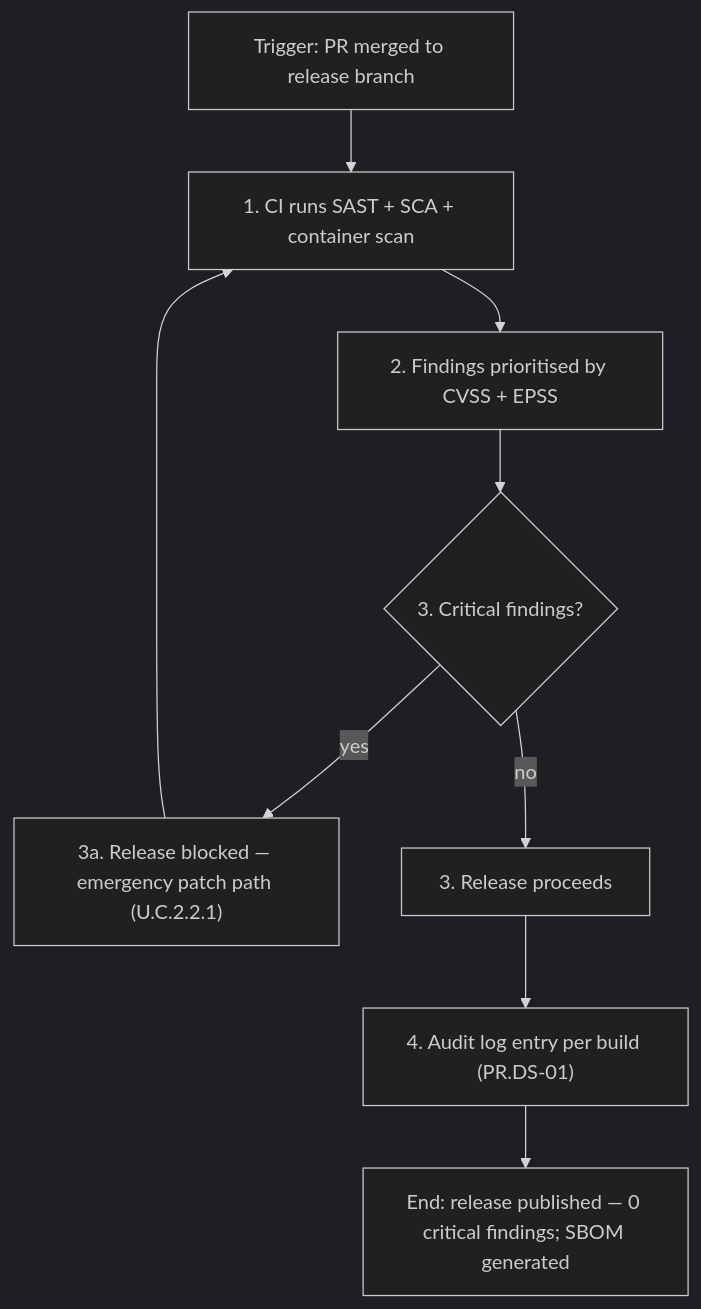
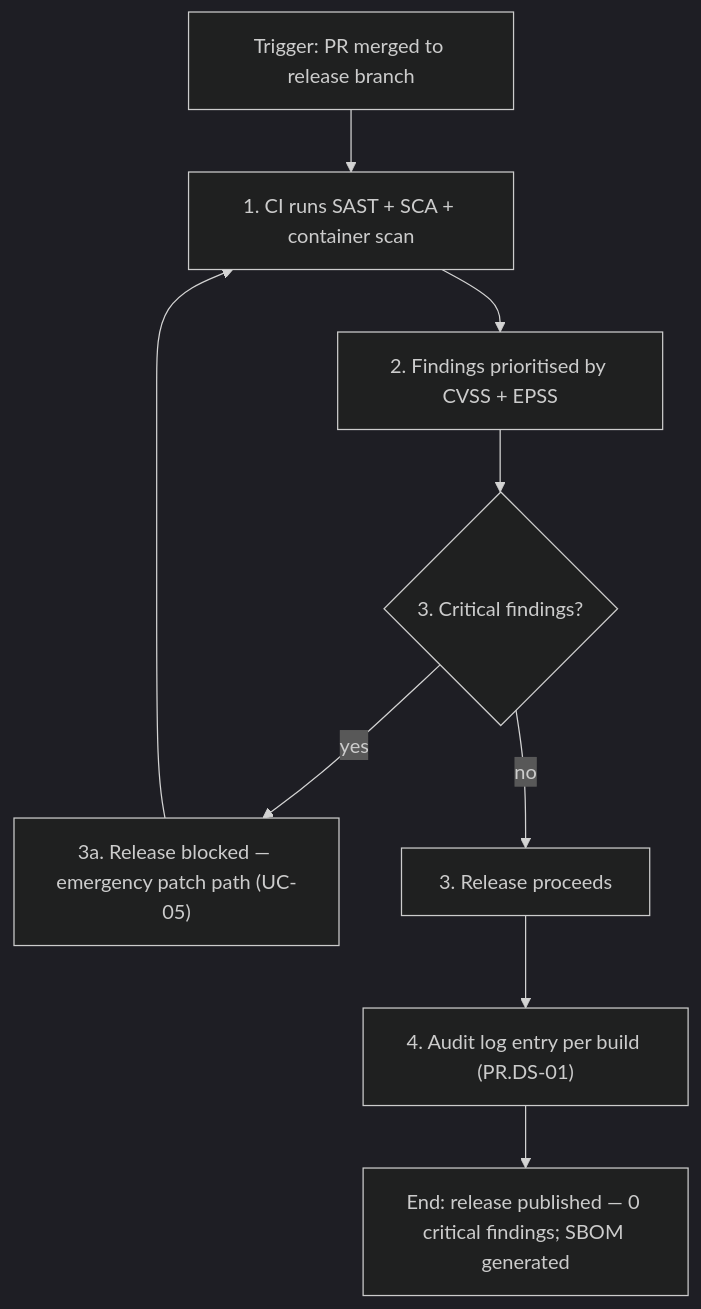
The sixth of 18 diagrams in 02_CASES/Case_01_TinyTask_SaaS/03_PHASE3_DECOMPOSITION_RICH/Doc32_Process_Capability_Cards.md (pauloribeiro16/Methodology_compact), drawn with Mermaid (dark theme) before and after one commit. The commit also changed other lines of this file and 34 other files, not shown here.

Commit message:
[EXECUTOR] F2 RENUMBER Case_01: U.C.x.y.z flattened → UC-01..40 (compliance 01..17 + product 18..40), two-phase, 20 files, xlsx+builder regenerated, 11 SVGs re-rendered; gates PASS (verify_rich 0, audit 100%, mermaid 192/192, smoke 16/16)

````diff
--- a/02_CASES/Case_01_TinyTask_SaaS/03_PHASE3_DECOMPOSITION_RICH/Doc32_Process_Capability_Cards.md
+++ b/02_CASES/Case_01_TinyTask_SaaS/03_PHASE3_DECOMPOSITION_RICH/Doc32_Process_Capability_Cards.md
@@ -157,11 +157,11 @@
 ```mermaid
 flowchart TD
     T["Trigger: PR merged to release branch"] --> A1["1. CI runs SAST + SCA + container scan"]
     A1 --> A2["2. Findings prioritised by CVSS + EPSS"]
     A2 --> D1{"3. Critical findings?"}
-    D1 -->|"yes"| A3a["3a. Release blocked — emergency patch path (U.C.2.2.1)"]
+    D1 -->|"yes"| A3a["3a. Release blocked — emergency patch path (UC-05)"]
     D1 -->|"no"| A3b["3. Release proceeds"]
     A3a --> A1
     A3b --> A4["4. Audit log entry per build (PR.DS-01)"]
     A4 --> E["End: release published — 0 critical findings; SBOM generated"]
 ```
````
